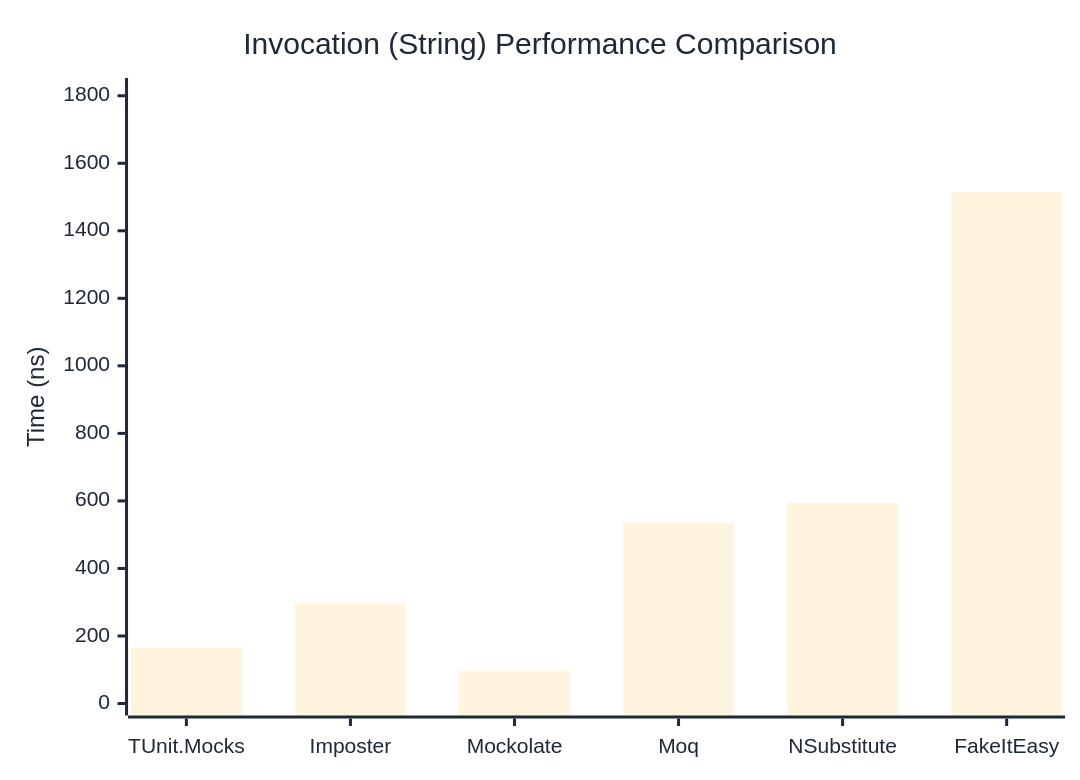
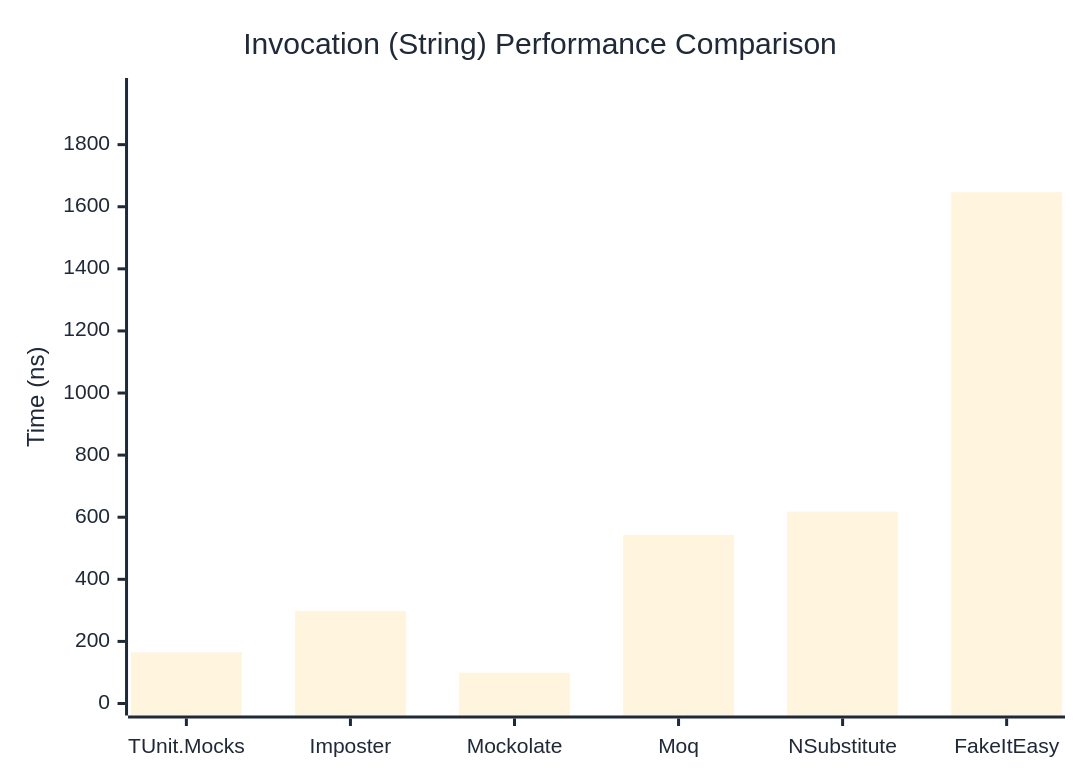
The second of 3 diagrams in docs/docs/benchmarks/mocks/Invocation.md (thomhurst/TUnit), drawn with Mermaid before and after one commit. The commit also changed other lines of this file and 14 other files, not shown here.

````diff
--- a/docs/docs/benchmarks/mocks/Invocation.md
+++ b/docs/docs/benchmarks/mocks/Invocation.md
@@ -71,27 +71,27 @@
 ```mermaid
 %%{init: {
   'theme':'base',
   'themeVariables': {
     'primaryColor': '#2563eb',
     'primaryTextColor': '#1f2937',
     'primaryBorderColor': '#1e40af',
     'lineColor': '#6b7280',
     'secondaryColor': '#7c3aed',
     'tertiaryColor': '#dc2626',
     'background': '#ffffff',
     'pie1': '#2563eb',
     'pie2': '#7c3aed',
     'pie3': '#dc2626',
     'pie4': '#f59e0b',
     'pie5': '#10b981',
     'pie6': '#06b6d4',
     'pie7': '#ec4899',
     'pie8': '#6366f1'
   }
 }}%%
 xychart-beta
   title "Invocation (String) Performance Comparison"
   x-axis ["TUnit.Mocks", "Imposter", "Mockolate", "Moq", "NSubstitute", "FakeItEasy"]
-  y-axis "Time (ns)" 0 --> 1817
-  bar [165.24, 296.39, 97.93, 534.88, 593.67, 1513.98]
+  y-axis "Time (ns)" 0 --> 1976
+  bar [164.97, 297.64, 98.91, 542.47, 617.86, 1646.66]
 ```
````
